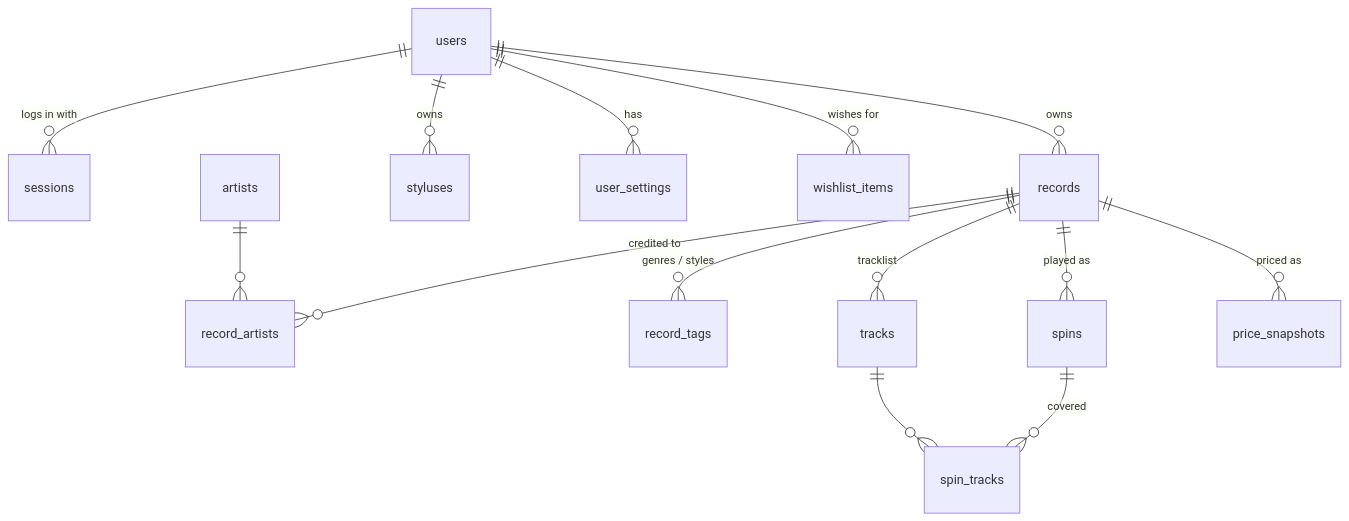
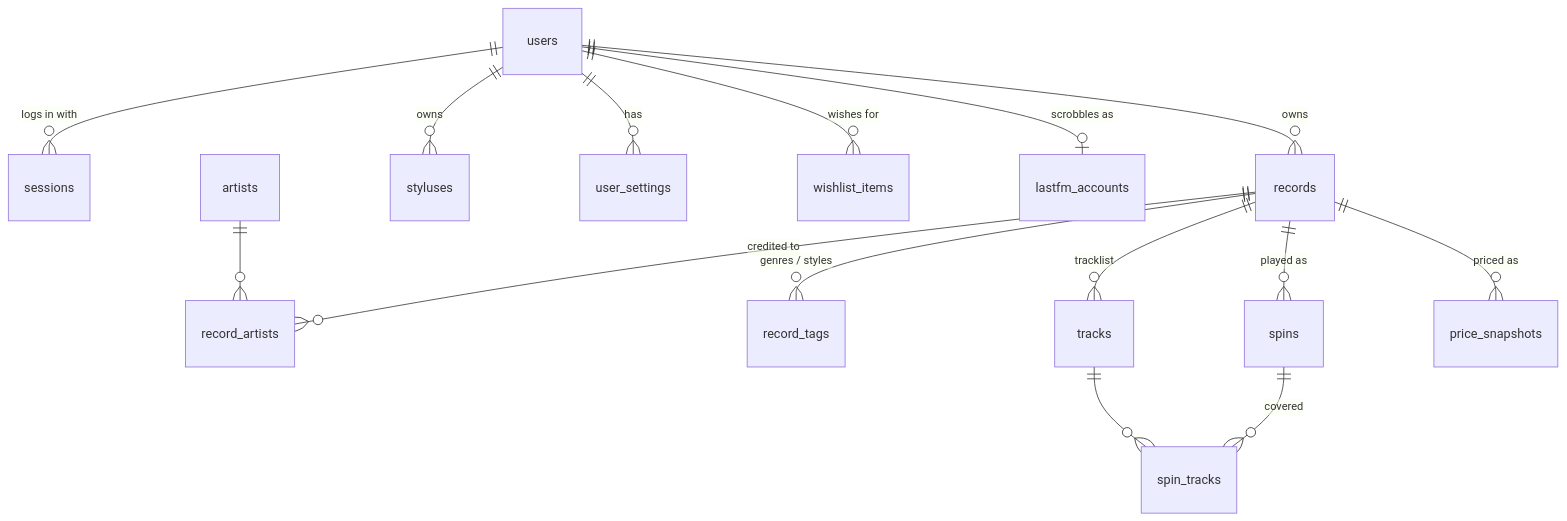
Before and after one commit to danielcoria/vinyl-tracker: the third of 4 diagrams in docs/ARCHITECTURE.md, drawn with Mermaid. The commit also changed other lines of this file and 16 other files, not shown here.

````diff
--- a/docs/ARCHITECTURE.md
+++ b/docs/ARCHITECTURE.md
@@ -65,16 +65,17 @@
 ```mermaid
 erDiagram
   users ||--o{ sessions : "logs in with"
   users ||--o{ records : owns
   users ||--o{ styluses : owns
   users ||--o{ user_settings : has
   users ||--o{ wishlist_items : "wishes for"
+  users ||--o| lastfm_accounts : "scrobbles as"
   records ||--o{ record_artists : "credited to"
   artists ||--o{ record_artists : ""
   records ||--o{ record_tags : "genres / styles"
   records ||--o{ tracks : "tracklist"
   records ||--o{ spins : "played as"
   records ||--o{ price_snapshots : "priced as"
   spins ||--o{ spin_tracks : covered
   tracks ||--o{ spin_tracks : ""
 ```
````
